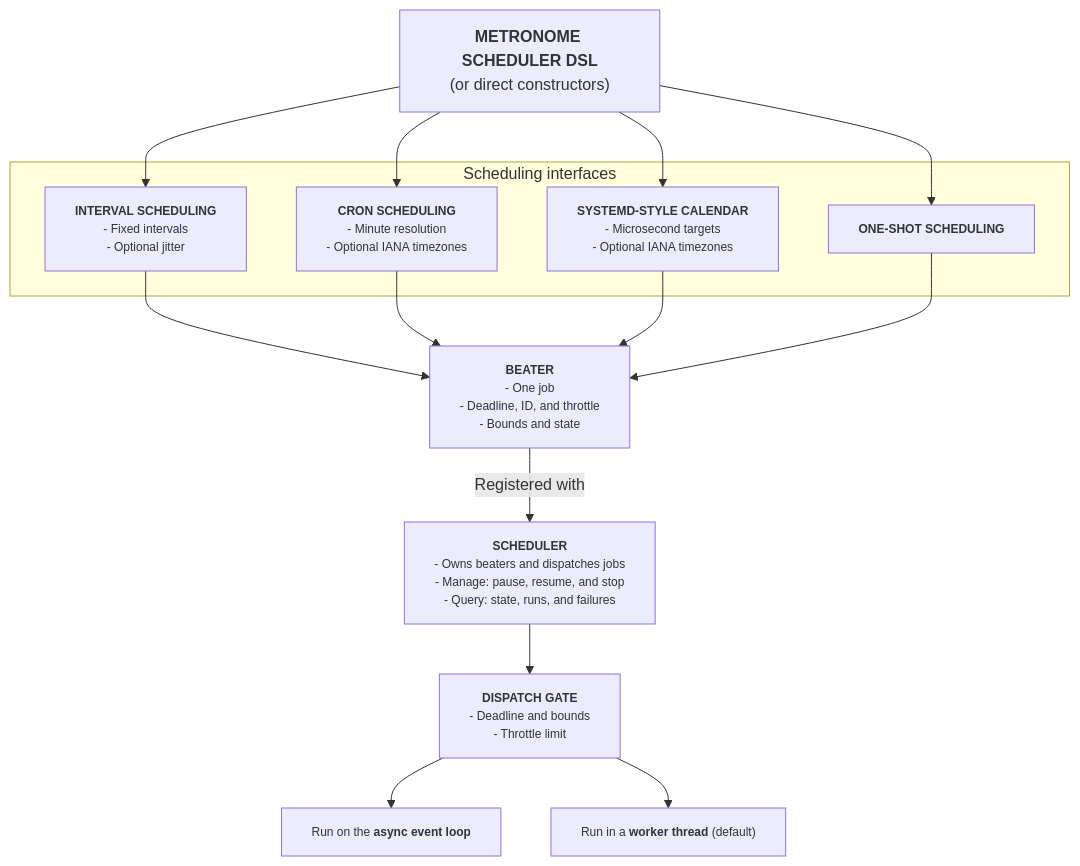
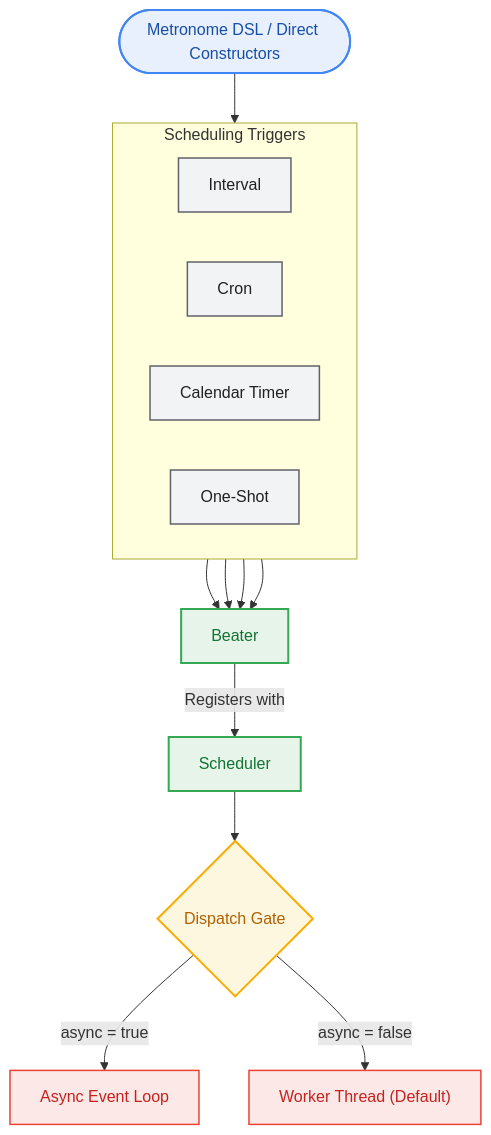
The diagram in README.md (titanomachy/Metronome), drawn with Mermaid before and after one commit.

Commit message:
Improve Metronome diagram

````diff
--- a/README.md
+++ b/README.md
@@ -34,46 +34,45 @@
 ```mermaid
 flowchart TB
-  DSL["`**METRONOME SCHEDULER DSL**
-  (or direct constructors)`"]
+  DSL(["Metronome DSL / Direct Constructors"]):::entry
 
-  subgraph INTERFACES["Scheduling interfaces"]
-    EVERY["`**INTERVAL SCHEDULING**
-    - Fixed intervals
-    - Optional jitter`"]
-    CRON["`**CRON SCHEDULING**
-    - Minute resolution
-    - Optional IANA timezones`"]
-    TIMER["`**SYSTEMD-STYLE CALENDAR**
-    - Microsecond targets
-    - Optional IANA timezones`"]
-    AT["`**ONE-SHOT SCHEDULING**`"]
+  subgraph INTERFACES["Scheduling Triggers"]
+    direction LR
+    EVERY["Interval"]:::trigger
+    CRON["Cron"]:::trigger
+    TIMER["Calendar Timer"]:::trigger
+    AT["One-Shot"]:::trigger
   end
 
-  DSL --> EVERY
-  DSL --> CRON
-  DSL --> TIMER
-  DSL --> AT
+  BEATER["Beater"]:::core
+  SCHEDULER["Scheduler"]:::core
+  GATE{"Dispatch Gate"}:::gate
+  ASYNC["Async Event Loop"]:::target
+  THREAD["Worker Thread (Default)"]:::target
 
+  DSL --> INTERFACES
   EVERY --> BEATER
   CRON --> BEATER
   TIMER --> BEATER
   AT --> BEATER
 
-  BEATER["`**BEATER**
-  - One job<br>
-  - Deadline, ID, and throttle<br>
-  - Bounds and state`"]
-  BEATER -->|Registered with| SCHEDULER["`**SCHEDULER**
-  - Owns beaters and dispatches jobs<br>
-  - Manage: pause, resume, and stop<br>
-  - Query: state, runs, and failures`"]
+  BEATER -->|Registers with| SCHEDULER
+  SCHEDULER --> GATE
+  GATE -->|async = true| ASYNC
+  GATE -->|async = false| THREAD
 
-  SCHEDULER --> GATE["`**DISPATCH GATE**
-  - Deadline and bounds<br>
-  - Throttle limit`"]
-  GATE --> ASYNC["Run on the <strong>async event loop</strong>"]
-  GATE --> THREAD["Run in a <strong>worker thread</strong> (default)"]
+  %% Tooltips with full details on hover
+  click EVERY "• Fixed intervals&#10;• Optional jitter"
+  click CRON "• Minute resolution&#10;• Optional IANA timezones"
+  click TIMER "• Microsecond targets&#10;• Optional IANA timezones"
+  click AT "• Exact one-time execution"
+  click BEATER "• One job instance&#10;• Deadline, ID, and throttle&#10;• Bounds and lifecycle state"
+  click SCHEDULER "• Owns beaters and dispatches jobs&#10;• Manage: pause, resume, stop&#10;• Query: state, runs, and failures"
+  click GATE "• Deadline & bounds verification&#10;• Throttle limit enforcement"
 
-  classDef compact font-size:12px;
-  class EVERY,CRON,TIMER,AT,BEATER,SCHEDULER,GATE,ASYNC,THREAD compact;
+  %% Styling palette
+  classDef entry fill:#e8f0fe,stroke:#4285f4,stroke-width:2px,color:#174ea6;
+  classDef trigger fill:#f1f3f4,stroke:#5f6368,stroke-width:1.5px,color:#202124;
+  classDef core fill:#e6f4ea,stroke:#34a853,stroke-width:2px,color:#137333;
+  classDef gate fill:#fef7e0,stroke:#f9ab00,stroke-width:2px,color:#b06000;
+  classDef target fill:#fce8e6,stroke:#ea4335,stroke-width:1.5px,color:#c5221f;
 ```
````
